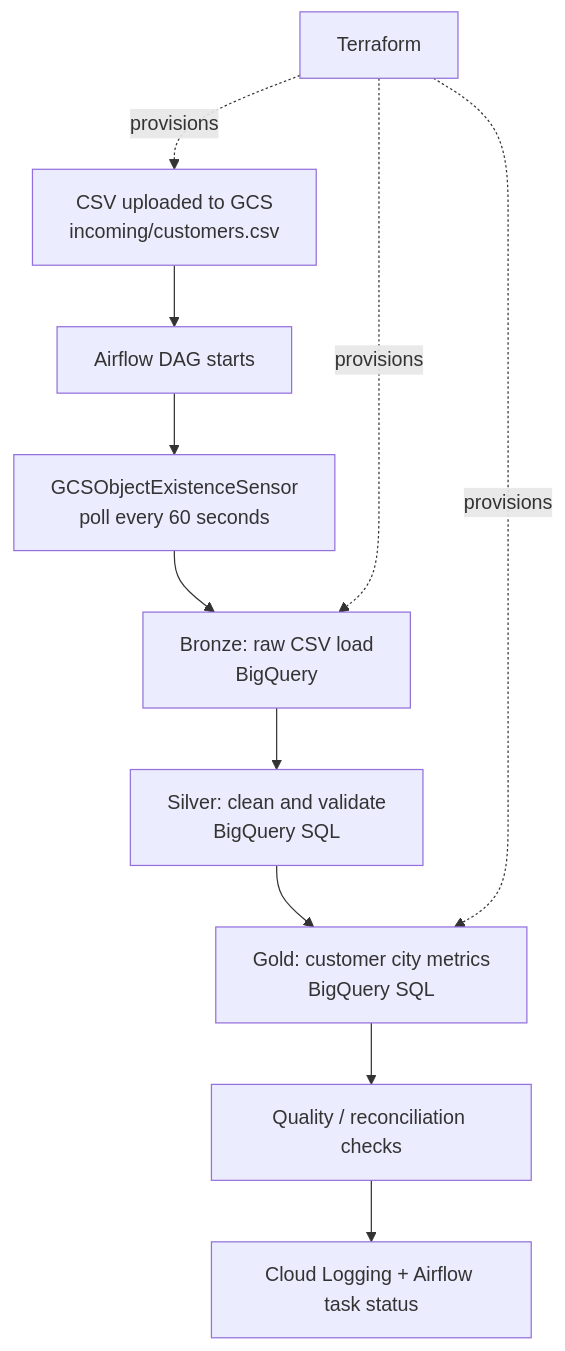
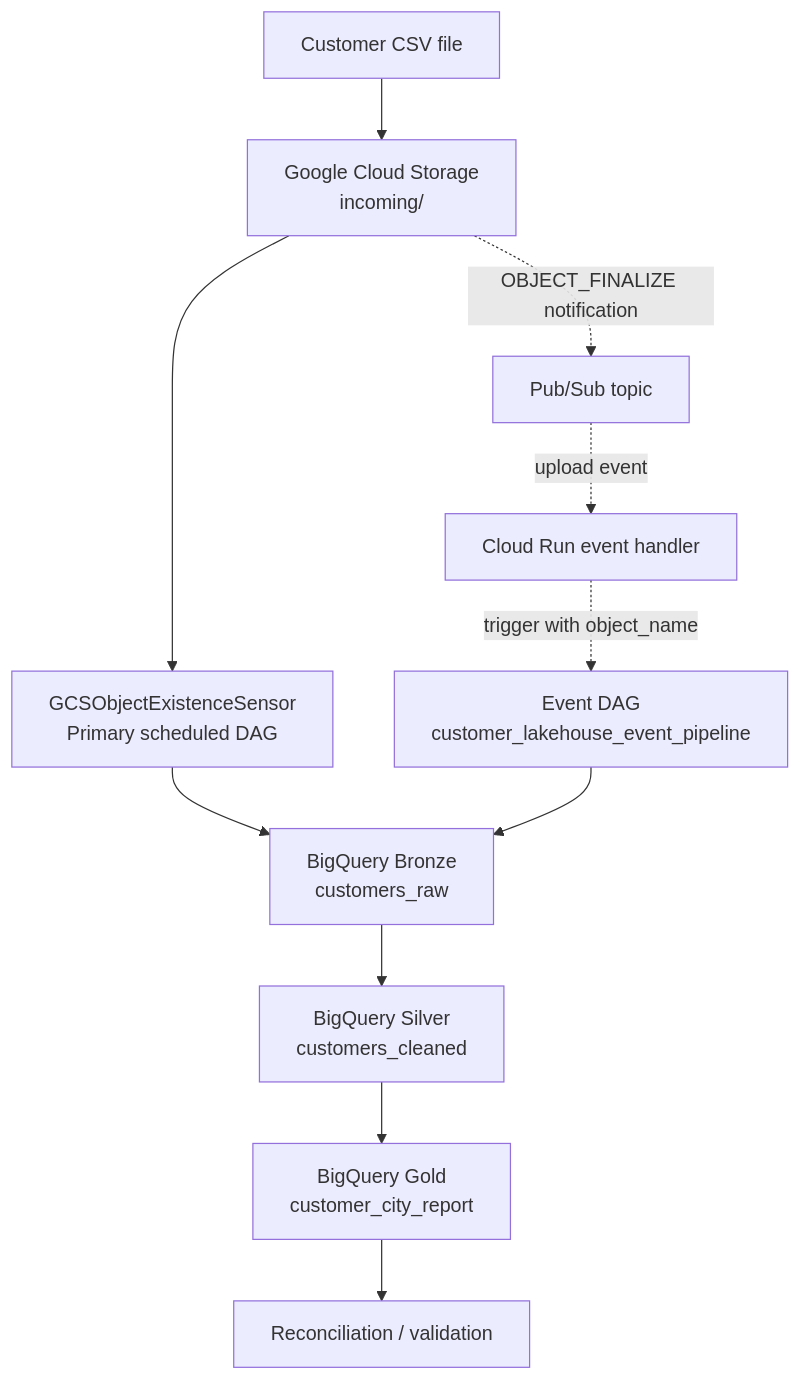
The first of 2 diagrams in README.md (cloudwithpavan/cloudpulse-gcp-customer-lakehouse), drawn with Mermaid before and after one commit. The commit also changed other lines of this file and 65 other files, not shown here.

````diff
--- a/README.md
+++ b/README.md
@@ -16,13 +36,14 @@
 ```mermaid
-flowchart TD
-    A["CSV uploaded to GCS<br/>incoming/customers.csv"] --> B["Airflow DAG starts"]
-    B --> C["GCSObjectExistenceSensor<br/>poll every 60 seconds"]
-    C --> D["Bronze: raw CSV load<br/>BigQuery"]
-    D --> E["Silver: clean and validate<br/>BigQuery SQL"]
-    E --> F["Gold: customer city metrics<br/>BigQuery SQL"]
-    F --> G["Quality / reconciliation checks"]
-    G --> H["Cloud Logging + Airflow task status"]
-    T["Terraform"] -. provisions .-> A
-    T -. provisions .-> D
-    T -. provisions .-> F
+flowchart TB
+    CSV[Customer CSV file] --> GCS[Google Cloud Storage<br/>incoming/]
+    GCS --> SENSOR[GCSObjectExistenceSensor<br/>Primary scheduled DAG]
+    SENSOR --> BRONZE[BigQuery Bronze<br/>customers_raw]
+    BRONZE --> SILVER[BigQuery Silver<br/>customers_cleaned]
+    SILVER --> GOLD[BigQuery Gold<br/>customer_city_report]
+    GOLD --> CHECK[Reconciliation / validation]
+
+    GCS -. OBJECT_FINALIZE notification .-> PS[Pub/Sub topic]
+    PS -. upload event .-> HANDLER[Cloud Run event handler]
+    HANDLER -. trigger with object_name .-> EVENTDAG[Event DAG<br/>customer_lakehouse_event_pipeline]
+    EVENTDAG --> BRONZE
 ```
````
